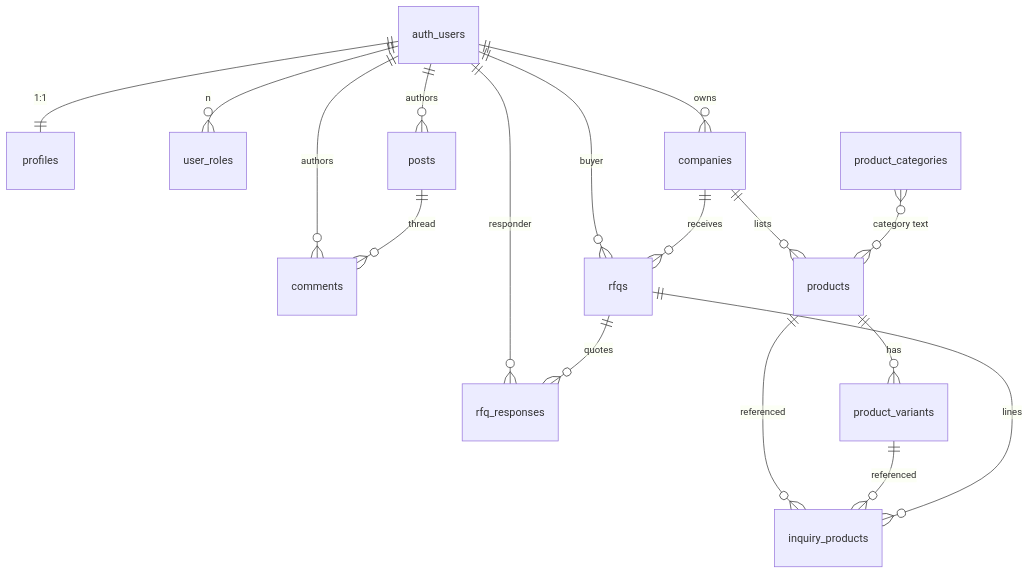
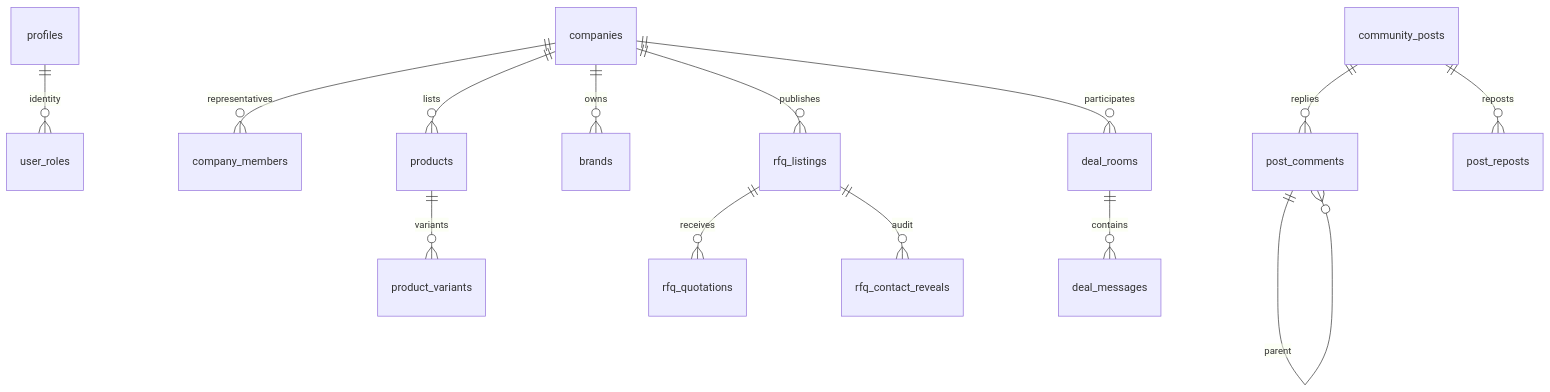
Before and after one commit to arka97/mddma-test: the diagram in supabase/functions/get-internal-doc/content/07-database-reference.md, drawn with Mermaid. The commit also changed other lines of this file and 28 other files, not shown here.

````diff
--- a/supabase/functions/get-internal-doc/content/07-database-reference.md
+++ b/supabase/functions/get-internal-doc/content/07-database-reference.md
@@ -22,19 +11,16 @@
 ```mermaid
 erDiagram
-  auth_users ||--|| profiles : "1:1"
-  auth_users ||--o{ user_roles : "n"
-  auth_users ||--o{ companies : "owns"
-  auth_users ||--o{ posts : "authors"
-  auth_users ||--o{ comments : "authors"
-  auth_users ||--o{ rfqs : "buyer"
-  auth_users ||--o{ rfq_responses : "responder"
-  companies  ||--o{ products : "lists"
-  companies  ||--o{ rfqs : "receives"
-  products   ||--o{ product_variants : "has"
-  products   ||--o{ inquiry_products : "referenced"
-  product_variants ||--o{ inquiry_products : "referenced"
-  rfqs       ||--o{ inquiry_products : "lines"
-  rfqs       ||--o{ rfq_responses : "quotes"
-  posts      ||--o{ comments : "thread"
-  product_categories }o--o{ products : "category text"
+  profiles ||--o{ user_roles : identity
+  companies ||--o{ company_members : representatives
+  companies ||--o{ products : lists
+  companies ||--o{ brands : owns
+  products ||--o{ product_variants : variants
+  companies ||--o{ rfq_listings : publishes
+  rfq_listings ||--o{ rfq_quotations : receives
+  rfq_listings ||--o{ rfq_contact_reveals : audit
+  companies ||--o{ deal_rooms : participates
+  deal_rooms ||--o{ deal_messages : contains
+  community_posts ||--o{ post_comments : replies
+  post_comments ||--o{ post_comments : parent
+  community_posts ||--o{ post_reposts : reposts
 ```
````
